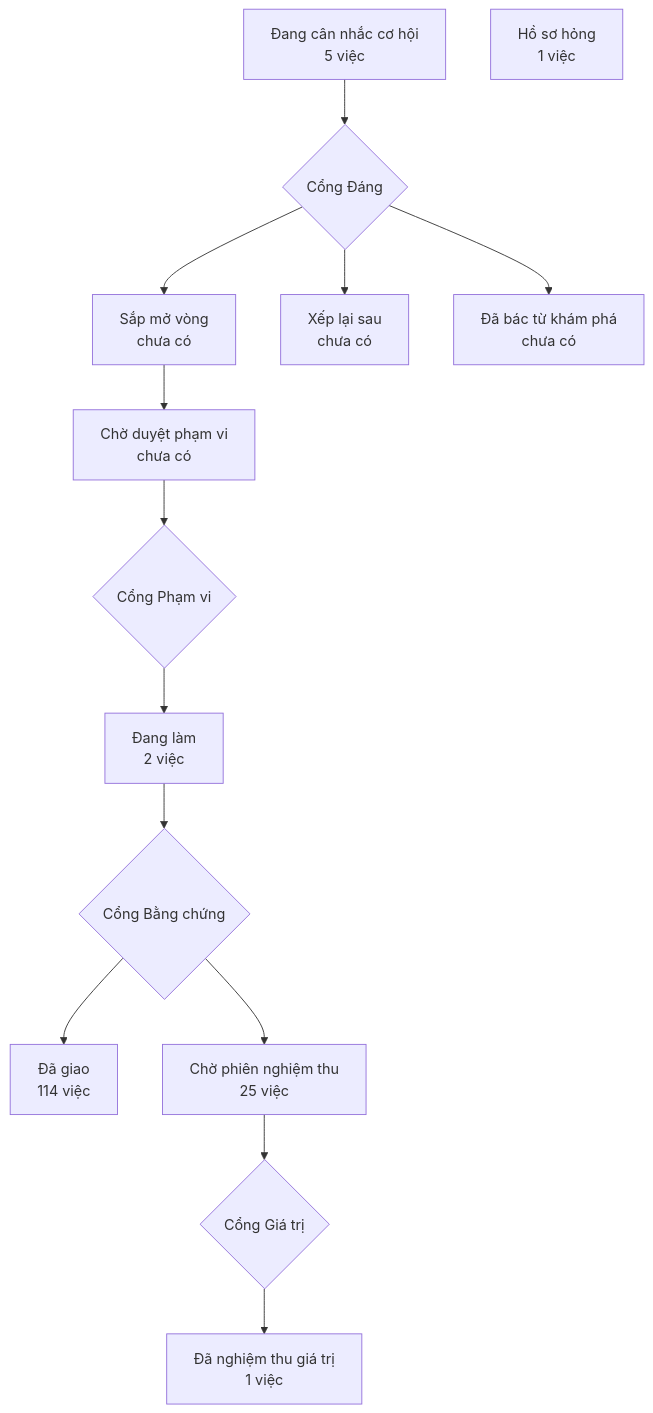
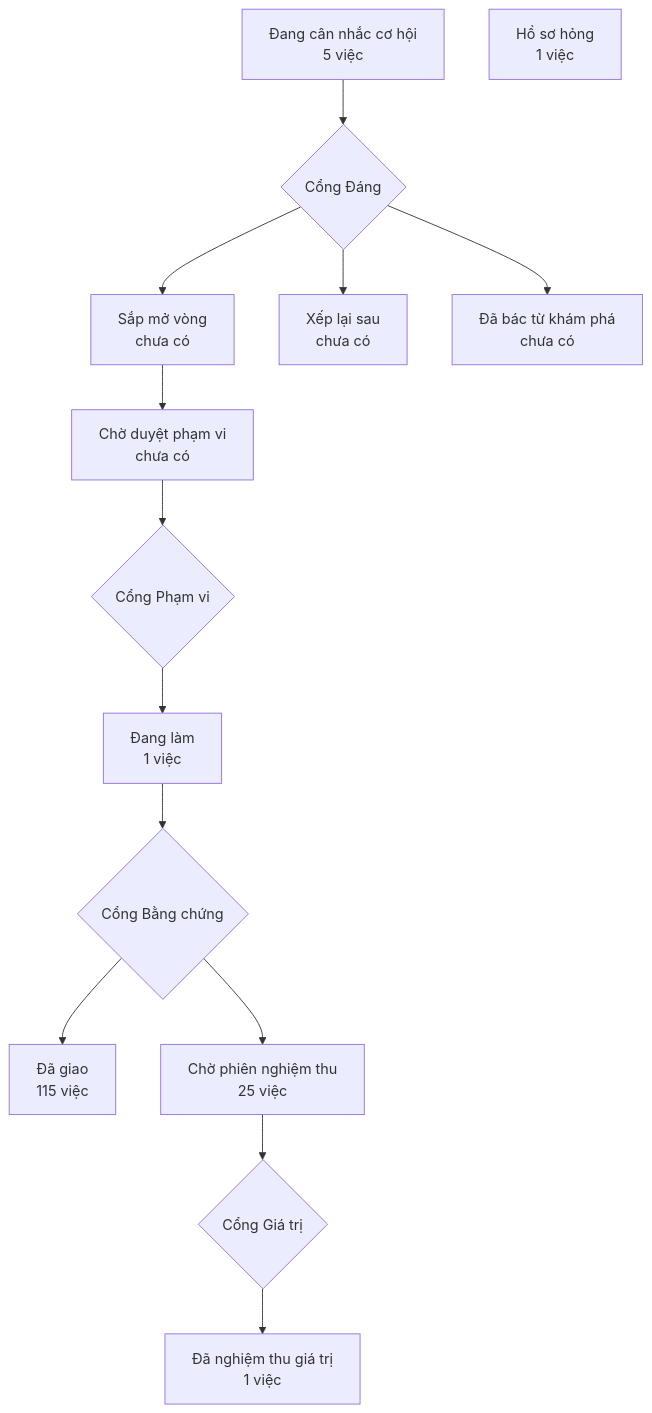
Before and after one commit to phanlemanh/crm-onehub: the diagram in PRODUCT-MAP.md, drawn with Mermaid. The commit also changed 3 other files, not shown here.

````diff
--- a/PRODUCT-MAP.md
+++ b/PRODUCT-MAP.md
@@ -6,13 +6,13 @@
 ```mermaid
 flowchart TD
   A["Đang cân nhắc cơ hội<br/>5 việc"] --> GD{"Cổng Đáng"}
   GD --> B["Sắp mở vòng<br/>chưa có"]
   GD --> XL["Xếp lại sau<br/>chưa có"]
   GD --> DB["Đã bác từ khám phá<br/>chưa có"]
   B --> CD["Chờ duyệt phạm vi<br/>chưa có"] --> GP{"Cổng Phạm vi"}
-  GP --> DL["Đang làm<br/>2 việc"] --> GB{"Cổng Bằng chứng"}
-  GB --> DG["Đã giao<br/>114 việc"]
+  GP --> DL["Đang làm<br/>1 việc"] --> GB{"Cổng Bằng chứng"}
+  GB --> DG["Đã giao<br/>115 việc"]
   GB --> CN["Chờ phiên nghiệm thu<br/>25 việc"] --> GG{"Cổng Giá trị"}
   GG --> NT["Đã nghiệm thu giá trị<br/>1 việc"]
   HS["Hồ sơ hỏng<br/>1 việc"]
 ```
````
